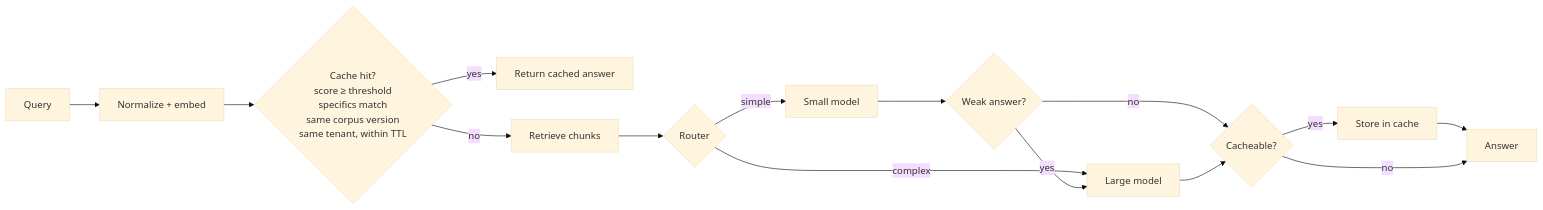
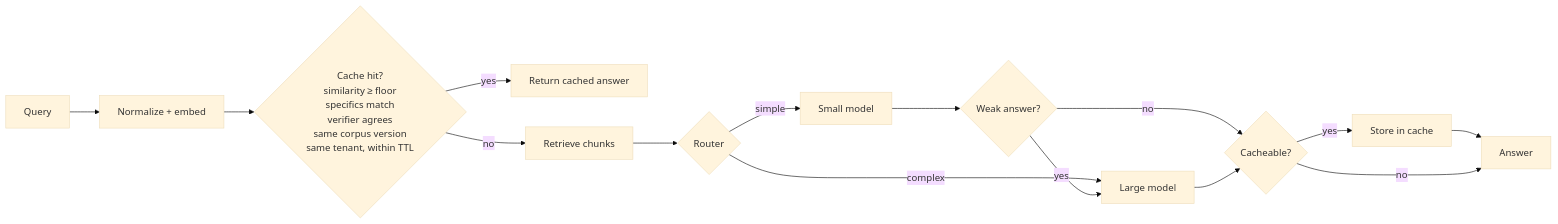
One commit to YuktaChaubal27/semantic-cache-router changed the diagram in README.md. Above: the diagram before and after it, drawn with Mermaid (base theme). The commit also changed other lines of this file and 13 other files, not shown here.

````diff
--- a/README.md
+++ b/README.md
@@ -20,16 +20,16 @@
 ```mermaid
 flowchart LR
     Q[Query] --> N[Normalize + embed]
-    N --> C{Cache hit?<br/>score ≥ threshold<br/>specifics match<br/>same corpus version<br/>same tenant, within TTL}
+    N --> C{Cache hit?<br/>similarity ≥ floor<br/>specifics match<br/>verifier agrees<br/>same corpus version<br/>same tenant, within TTL}
     C -- yes --> A[Return cached answer]
     C -- no --> R[Retrieve chunks]
     R --> RT{Router}
     RT -- simple --> S[Small model]
     RT -- complex --> L[Large model]
     S --> E{Weak answer?}
     E -- yes --> L
     E -- no --> K{Cacheable?}
     L --> K
     K -- yes --> ST[Store in cache] --> OUT[Answer]
     K -- no --> OUT
 ```
````
